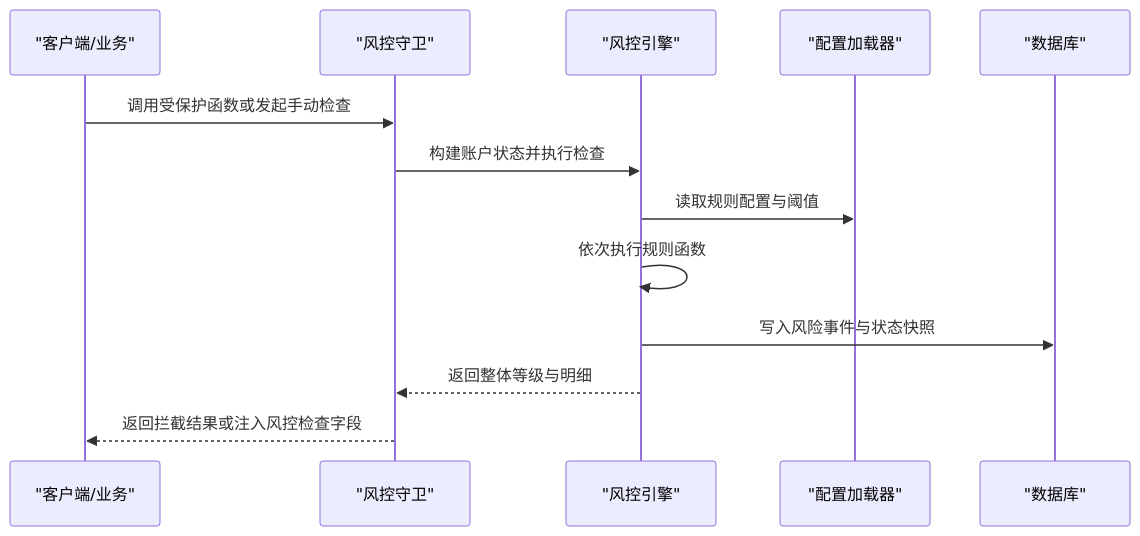
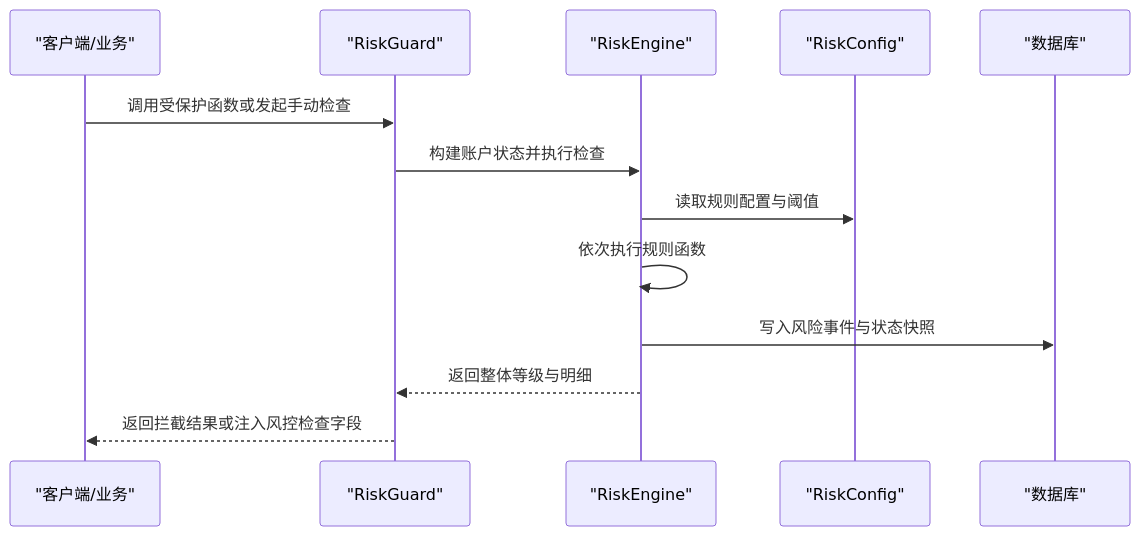
One commit to Magicer2024/AIQuant changed the second of 8 diagrams in .qoder/repowiki/zh/content/核心模块/风险控制系统/风险控制系统.md. Above: the diagram before and after it, drawn with Mermaid. The commit also changed other lines of this file and 62 other files, not shown here.

First line of the commit message:
refactor: migrate modules to 六部 ministries architecture

````diff
--- a/.qoder/repowiki/zh/content/核心模块/风险控制系统/风险控制系统.md
+++ b/.qoder/repowiki/zh/content/核心模块/风险控制系统/风险控制系统.md
@@ -122,15 +127,15 @@
 ```mermaid
 sequenceDiagram
 participant Client as "客户端/业务"
-participant Guard as "风控守卫"
-participant Engine as "风控引擎"
-participant Config as "配置加载器"
+participant Guard as "RiskGuard"
+participant Engine as "RiskEngine"
+participant Config as "RiskConfig"
 participant DB as "数据库"
 Client->>Guard : 调用受保护函数或发起手动检查
 Guard->>Engine : 构建账户状态并执行检查
 Engine->>Config : 读取规则配置与阈值
 Engine->>Engine : 依次执行规则函数
 Engine->>DB : 写入风险事件与状态快照
 Engine-->>Guard : 返回整体等级与明细
 Guard-->>Client : 返回拦截结果或注入风控检查字段
 ```
````
